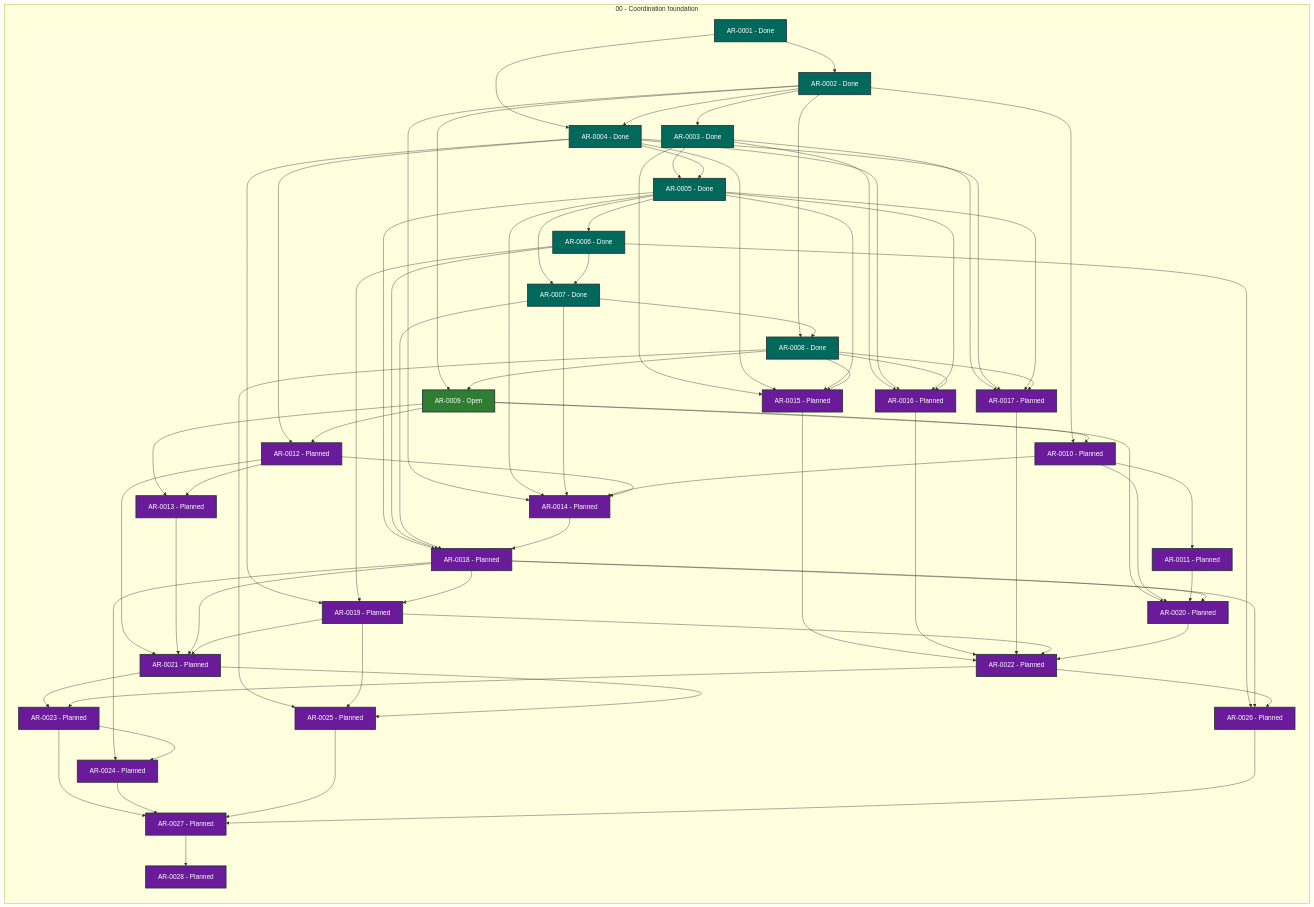
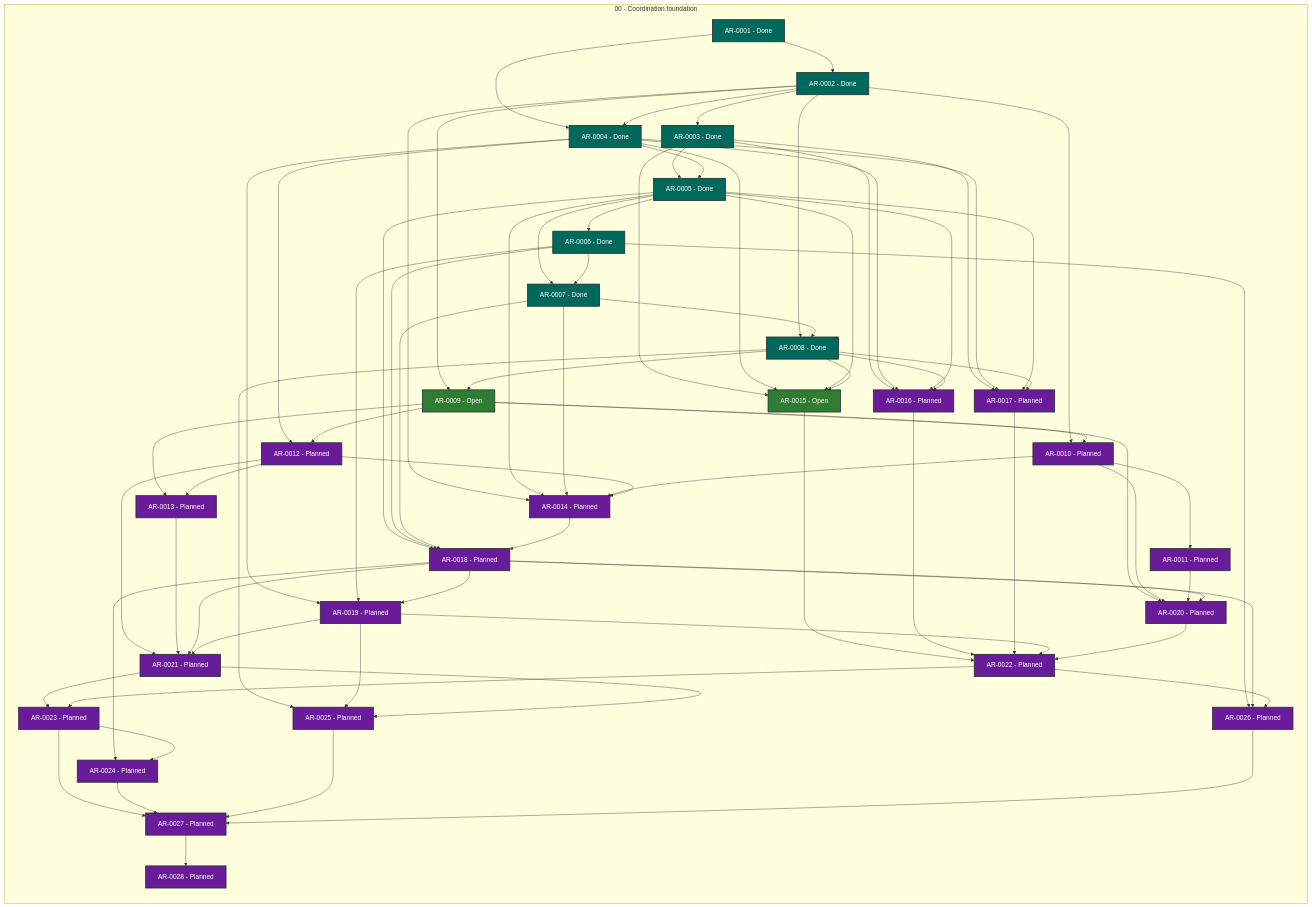
One commit to martin-beck/agent-workflow-runtime-state changed the diagram in STATUS.md. Above: the diagram before and after it, drawn with Mermaid. The commit also changed other lines of this file and 2 other files, not shown here.

```diff
--- a/STATUS.md
+++ b/STATUS.md
@@ -42,7 +42,7 @@
         AR_0012["AR-0012 - Planned"]:::status_planned
         AR_0013["AR-0013 - Planned"]:::status_planned
         AR_0014["AR-0014 - Planned"]:::status_planned
-        AR_0015["AR-0015 - Planned"]:::status_planned
+        AR_0015["AR-0015 - Open"]:::status_open
         AR_0016["AR-0016 - Planned"]:::status_planned
         AR_0017["AR-0017 - Planned"]:::status_planned
         AR_0018["AR-0018 - Planned"]:::status_planned
```
